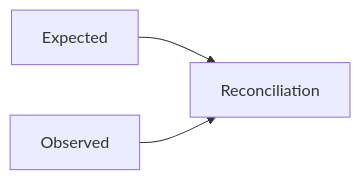
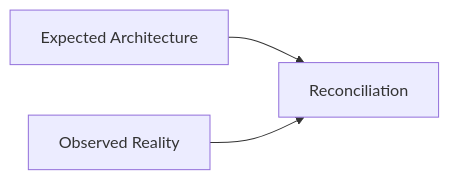
Before and after one commit to jurgenei/jurgenei: the fourth of 5 diagrams in papers/Executable-Architecture-Enterprise-Behavior-Graphs.md, drawn with Mermaid. The commit also changed other lines of this file and 2 other files, not shown here.

````diff
--- a/papers/Executable-Architecture-Enterprise-Behavior-Graphs.md
+++ b/papers/Executable-Architecture-Enterprise-Behavior-Graphs.md
@@ -544,13 +361,13 @@
 ```mermaid
 flowchart LR
 
-    EXP[Expected]
+    E[Expected Architecture]
 
-    ACT[Observed]
+    O[Observed Reality]
 
-    REC[Reconciliation]
+    R[Reconciliation]
 
-    EXP --> REC
+    E --> R
 
-    ACT --> REC
+    O --> R
 ```
````
